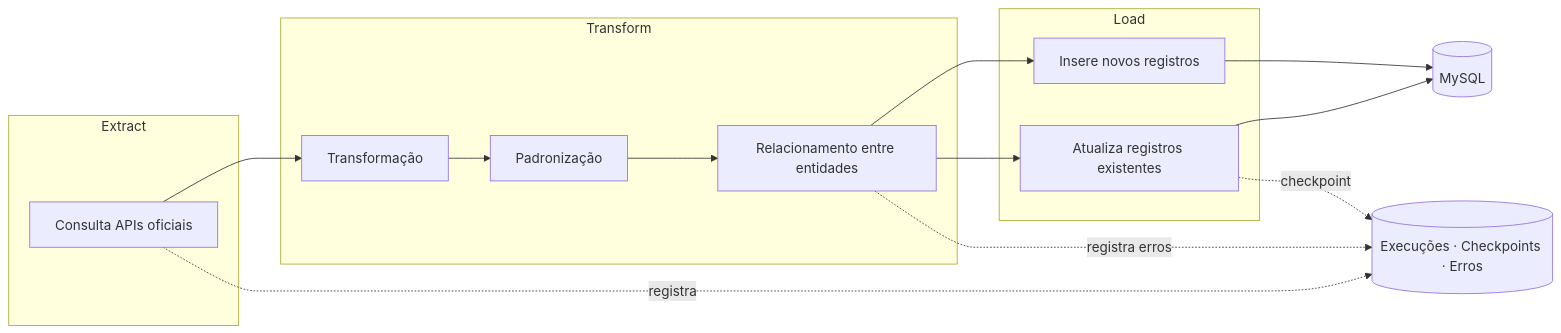
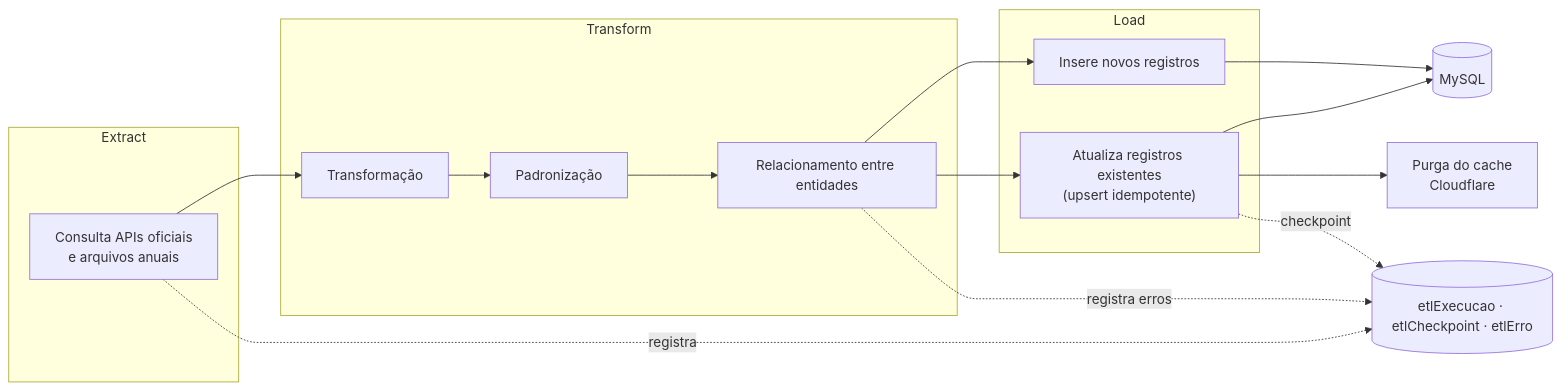
The fourth of 19 diagrams in diagramas.md (Projeto-Voto-Vivo/Documentacao), drawn with Mermaid before and after one commit. The commit also changed other lines of this file, not shown here.

Commit message:
update diagrams

````diff
--- a/diagramas.md
+++ b/diagramas.md
@@ -145,31 +174,33 @@
 ```mermaid
 flowchart LR
     subgraph Extract["Extract"]
-        X1["Consulta APIs oficiais"]
+        X1["Consulta APIs oficiais<br/>e arquivos anuais"]
     end
 
     subgraph Transform["Transform"]
         T1["Transformação"]
         T2["Padronização"]
         T3["Relacionamento entre entidades"]
         T1 --> T2 --> T3
     end
 
     subgraph Load["Load"]
         L1["Insere novos registros"]
-        L2["Atualiza registros existentes"]
+        L2["Atualiza registros existentes<br/>(upsert idempotente)"]
     end
 
     DB[("MySQL")]
-    CTRL[("Execuções · Checkpoints · Erros")]
+    CTRL[("etlExecucao · etlCheckpoint · etlErro")]
+    CDN["Purga do cache<br/>Cloudflare"]
 
     X1 --> T1
     T3 --> L1
     T3 --> L2
     L1 --> DB
     L2 --> DB
+    L2 --> CDN
 
     X1 -.registra.-> CTRL
     T3 -.registra erros.-> CTRL
     L2 -.checkpoint.-> CTRL
 ```
````
